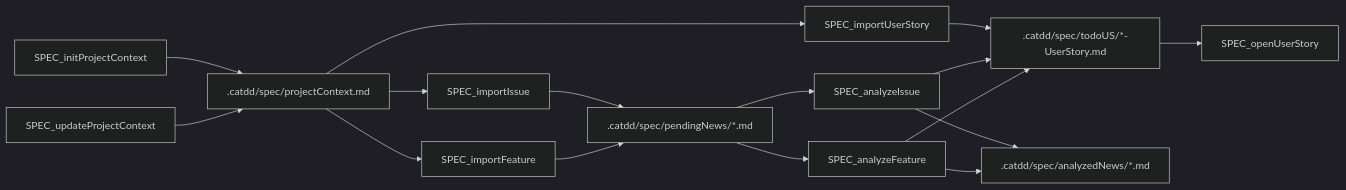
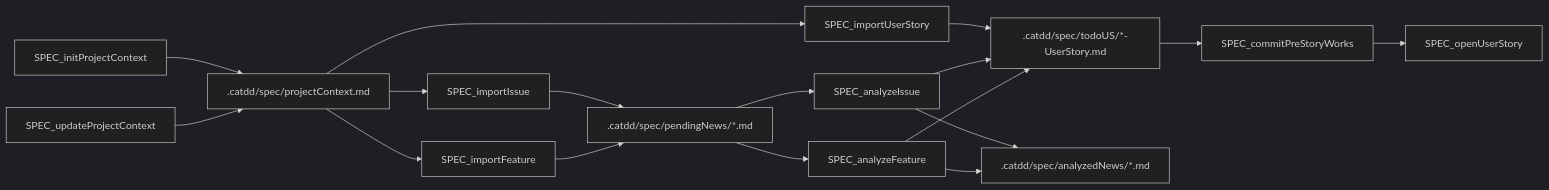
The first of 3 diagrams in slashCommands/flows/Px-SpecFlow_ZH.md (EnigmaWU/MyCaTDD), drawn with Mermaid (dark theme) before and after one commit. The commit also changed other lines of this file and 18 other files, not shown here.

Commit message:
add SPEC_commit[PreStory,Step,Story]Works

````diff
--- a/slashCommands/flows/Px-SpecFlow_ZH.md
+++ b/slashCommands/flows/Px-SpecFlow_ZH.md
@@ -223,20 +250,21 @@
 ```mermaid
 flowchart LR
     Init["SPEC_initProjectContext"] --> Context[".catdd/spec/projectContext.md"]
     UpdateContext["SPEC_updateProjectContext"] --> Context
     Context --> ImportIssue["SPEC_importIssue"]
     Context --> ImportFeature["SPEC_importFeature"]
     Context --> ImportUserStory["SPEC_importUserStory"]
 
     ImportIssue --> Pending[".catdd/spec/pendingNews/*.md"]
     ImportFeature --> Pending
     ImportUserStory --> Todo
     Pending --> AnalyzeIssue["SPEC_analyzeIssue"]
     Pending --> AnalyzeFeature["SPEC_analyzeFeature"]
     AnalyzeIssue --> Todo[".catdd/spec/todoUS/*-UserStory.md"]
     AnalyzeFeature --> Todo
     AnalyzeIssue --> Analyzed[".catdd/spec/analyzedNews/*.md"]
     AnalyzeFeature --> Analyzed
 
-    Todo --> Open["SPEC_openUserStory"]
+    Todo --> PreStoryCommit["SPEC_commitPreStoryWorks"]
+    PreStoryCommit --> Open["SPEC_openUserStory"]
 ```
````
